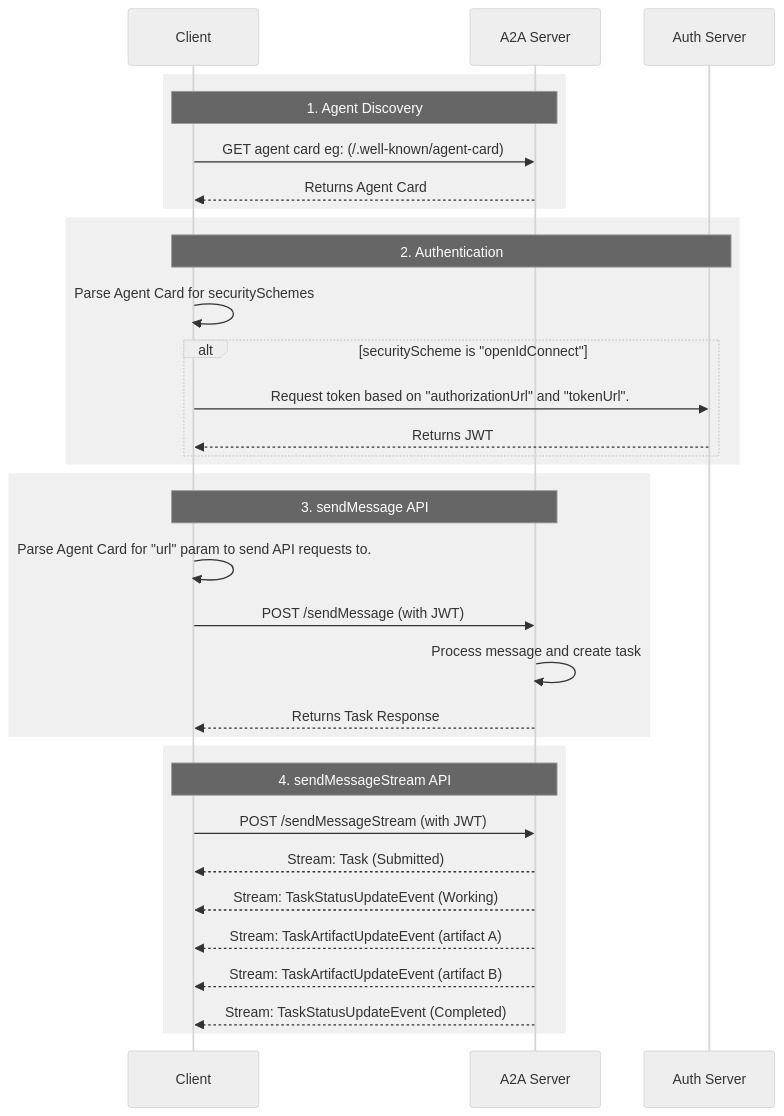
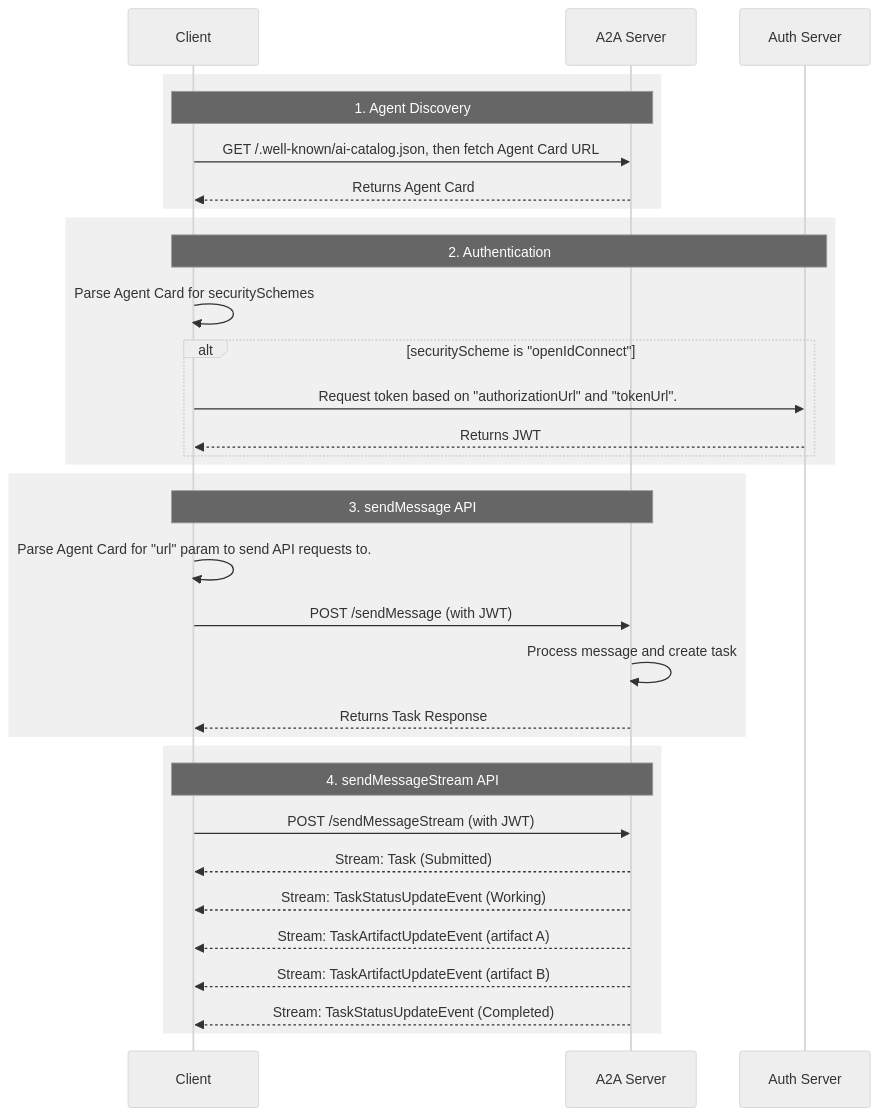
The third of 3 diagrams in docs/topics/what-is-a2a.md (a2aproject/A2A), drawn with Mermaid (neutral theme) before and after one commit. The commit also changed 5 other files, not shown here.

First line of the commit message:
feat: update agent discovery to prefer AI Catalog over well-known URI

````diff
--- a/docs/topics/what-is-a2a.md
+++ b/docs/topics/what-is-a2a.md
@@ -176,39 +176,39 @@
 ```mermaid
 sequenceDiagram
     participant Client
     participant A2A Server
     participant Auth Server
 
     rect rgb(240, 240, 240)
     Note over Client, A2A Server: 1. Agent Discovery
-    Client->>A2A Server: GET agent card eg: (/.well-known/agent-card)
+    Client->>A2A Server: GET /.well-known/ai-catalog.json, then fetch Agent Card URL
     A2A Server-->>Client: Returns Agent Card
     end
 
     rect rgb(240, 240, 240)
     Note over Client, Auth Server: 2. Authentication
     Client->>Client: Parse Agent Card for securitySchemes
     alt securityScheme is "openIdConnect"
         Client->>Auth Server: Request token based on "authorizationUrl" and "tokenUrl".
         Auth Server-->>Client: Returns JWT
     end
     end
 
     rect rgb(240, 240, 240)
     Note over Client, A2A Server: 3. sendMessage API
     Client->>Client: Parse Agent Card for "url" param to send API requests to.
     Client->>A2A Server: POST /sendMessage (with JWT)
     A2A Server->>A2A Server: Process message and create task
     A2A Server-->>Client: Returns Task Response
     end
 
     rect rgb(240, 240, 240)
     Note over Client, A2A Server: 4. sendMessageStream API
     Client->>A2A Server: POST /sendMessageStream (with JWT)
     A2A Server-->>Client: Stream: Task (Submitted)
     A2A Server-->>Client: Stream: TaskStatusUpdateEvent (Working)
     A2A Server-->>Client: Stream: TaskArtifactUpdateEvent (artifact A)
     A2A Server-->>Client: Stream: TaskArtifactUpdateEvent (artifact B)
     A2A Server-->>Client: Stream: TaskStatusUpdateEvent (Completed)
     end
 ```
````
